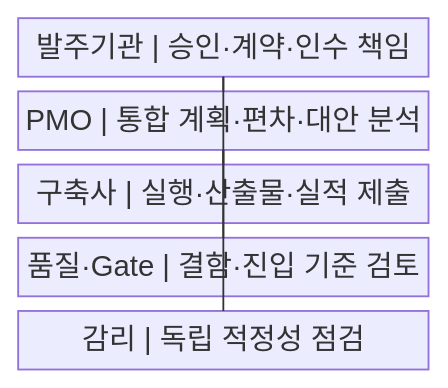
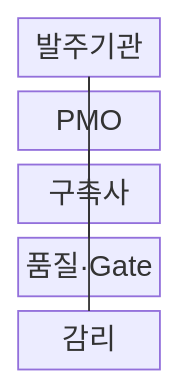
Before and after one commit to agnusdei1207/knowledge-base: the first of 2 diagrams in src/content/docs/notes/03-software/191_pmo.md, drawn with Mermaid. The commit also changed other lines of this file and 238 other files, not shown here.

````diff
--- a/src/content/docs/notes/03-software/191_pmo.md
+++ b/src/content/docs/notes/03-software/191_pmo.md
@@ -50,13 +50,13 @@
 ```mermaid
-block
+block-beta
     columns 1
-    A["발주기관 | 승인·계약·인수 책임"]
-    B["PMO | 통합 계획·편차·대안 분석"]
-    C["구축사 | 실행·산출물·실적 제출"]
-    D["품질·Gate | 결함·진입 기준 검토"]
-    E["감리 | 독립 적정성 점검"]
+    A["발주기관"]
+    B["PMO"]
+    C["구축사"]
+    D["품질·Gate"]
+    E["감리"]
     A --- B
     B --- C
     B --- D
     A --- E
 ```
````
